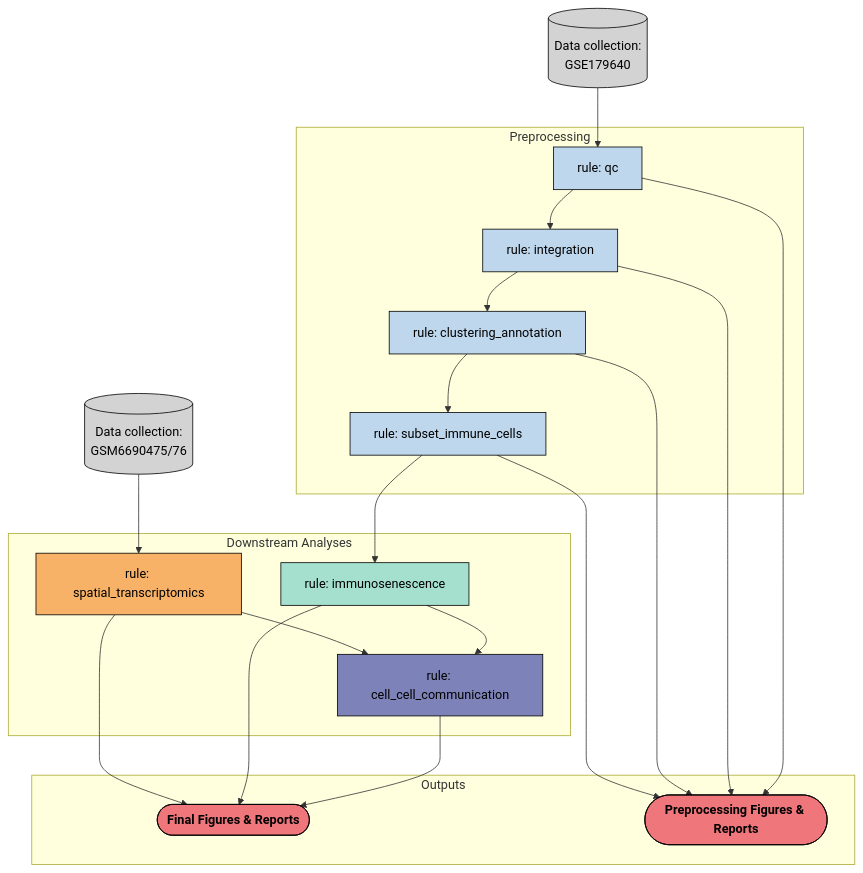
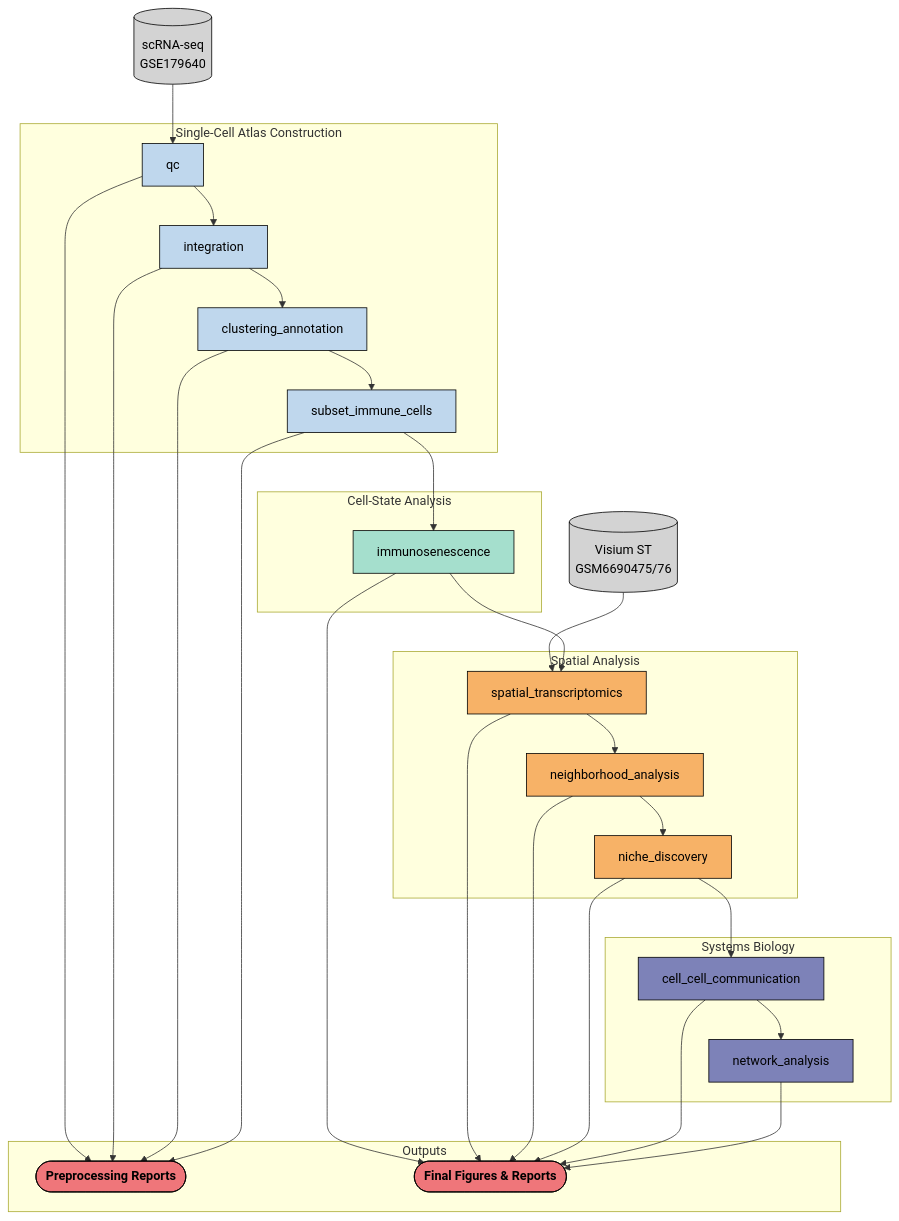
Before and after one commit to taimcnugget/endo-immune-atlas: the diagram in README.md, drawn with Mermaid. The commit also changed other lines of this file and 4 other files, not shown here.

````diff
--- a/README.md
+++ b/README.md
@@ -73,49 +79,68 @@
 ```mermaid
 flowchart TD
-    gse[(Data collection:<br/> GSE179640)]
-    gsm[(Data collection:<br/> GSM6690475/76)]
+    gse[(scRNA-seq<br/>GSE179640)]
+    gsm[(Visium ST<br/>GSM6690475/76)]
 
-    subgraph preprocess["Preprocessing"]
-        qc[rule: qc]
-        integration[rule: integration]
-        cluster[rule: clustering_annotation]
-        subset[rule: subset_immune_cells]
+    subgraph preprocess["Single-Cell Atlas Construction"]
+        qc[qc]
+        integration[integration]
+        cluster[clustering_annotation]
+        subset[subset_immune_cells]
     end
 
-    subgraph downstream["Downstream Analyses"]
-        immuno[rule: immunosenescence]
-        spatial[rule: spatial_transcriptomics]
-        ccc[rule: cell_cell_communication]
+    subgraph cellstate["Cell-State Analysis"]
+        immuno[immunosenescence]
+    end
+
+    subgraph spatial["Spatial Analysis"]
+        spatial_map[spatial_transcriptomics]
+        neighborhood[neighborhood_analysis]
+        niche[niche_discovery]
+    end
+
+    subgraph systems["Systems Biology"]
+        ccc[cell_cell_communication]
+        network[network_analysis]
     end
 
     subgraph outputs["Outputs"]
-        figures([Final Figures & Reports])
-        preprocess_figures([Preprocessing Figures & Reports])
+        preprocess_figures([Preprocessing Reports])
+        final_figures([Final Figures & Reports])
     end
 
-    gse --> qc --> integration --> cluster --> subset --> immuno --> ccc
-    gsm --> spatial --> ccc
+    gse --> qc --> integration --> cluster --> subset --> immuno
+
+    gsm --> spatial_map
+
+    immuno --> spatial_map
+    spatial_map --> neighborhood
+    neighborhood --> niche
+    niche --> ccc
+    ccc --> network
 
     qc --> preprocess_figures
     integration --> preprocess_figures
     cluster --> preprocess_figures
     subset --> preprocess_figures
 
-    ccc --> figures
-    immuno --> figures
-    spatial --> figures
+    immuno --> final_figures
+    spatial_map --> final_figures
+    neighborhood --> final_figures
+    niche --> final_figures
+    ccc --> final_figures
+    network --> final_figures
 
     classDef dataset fill:#D3D3D3,stroke:#000,color:#000;
-    classDef scRNAseq fill:#BFD7ED,stroke:#000,color:#000;
-    classDef immunosenescence_analysis fill:#A5DFCD,stroke:#000,color:#000;
+    classDef scrna fill:#BFD7ED,stroke:#000,color:#000;
+    classDef state fill:#A5DFCD,stroke:#000,color:#000;
     classDef spatial fill:#F7B267,stroke:#000,color:#000;
-    classDef cell_com fill:#7D82B8,stroke:#000,color:#000;
+    classDef systems fill:#7D82B8,stroke:#000,color:#000;
     classDef output fill:#EF767A,stroke:#000,color:#000,font-weight:bold;
 
     class gse,gsm dataset;
-    class qc,integration,cluster,subset scRNAseq;
-    class immuno immunosenescence_analysis;
-    class spatial spatial;
-    class ccc cell_com;
-    class figures,preprocess_figures output;
+    class qc,integration,cluster,subset scrna;
+    class immuno state;
+    class spatial_map,neighborhood,niche spatial;
+    class ccc,network systems;
+    class preprocess_figures,final_figures output;
 ```
````
